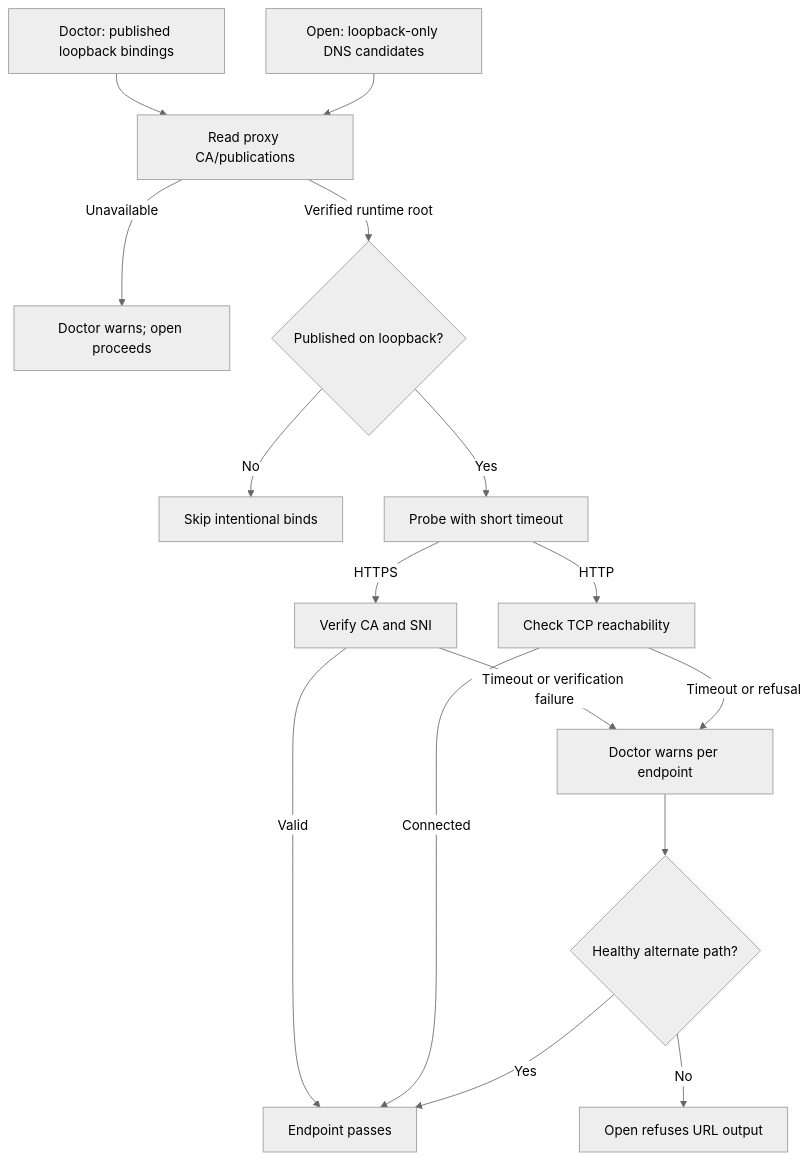
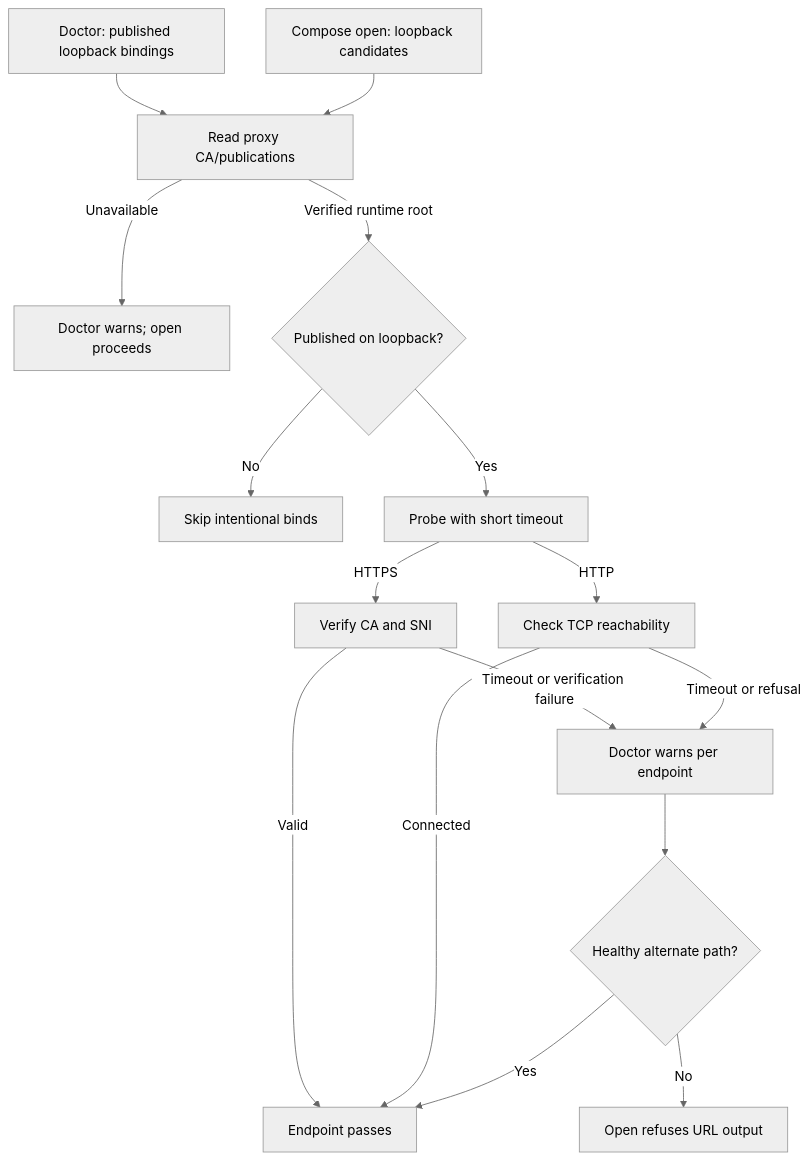
One commit to hack-dance/hack changed the diagram in docs/diagrams/proxy-loopback.mmd. Above: the diagram before and after it, drawn with Mermaid (neutral theme). The commit also changed 7 other files, not shown here.

```diff
--- a/docs/diagrams/proxy-loopback.mmd
+++ b/docs/diagrams/proxy-loopback.mmd
@@ -1,20 +1,20 @@
 flowchart TD
   D[Doctor: published loopback bindings] --> C[Read proxy CA/publications]
-  O[Open: loopback-only DNS candidates] --> C
+  O[Compose open: loopback candidates] --> C
   C -->|Unavailable| U[Doctor warns; open proceeds]
   C -->|Verified runtime root| B{Published on loopback?}
   B -->|No| K[Skip intentional binds]
   B -->|Yes| P[Probe with short timeout]
   P -->|HTTPS| T[Verify CA and SNI]
   P -->|HTTP| H[Check TCP reachability]
   T -->|Valid| S[Endpoint passes]
   H -->|Connected| S
   T -->|Timeout or verification failure| F[Doctor warns per endpoint]
   H -->|Timeout or refusal| F
   F --> Q{Healthy alternate path?}
   Q -->|Yes| S
   Q -->|No| R[Open refuses URL output]
   class S ok
   class P wait
   class F,R fail
   class U,K idle
```
